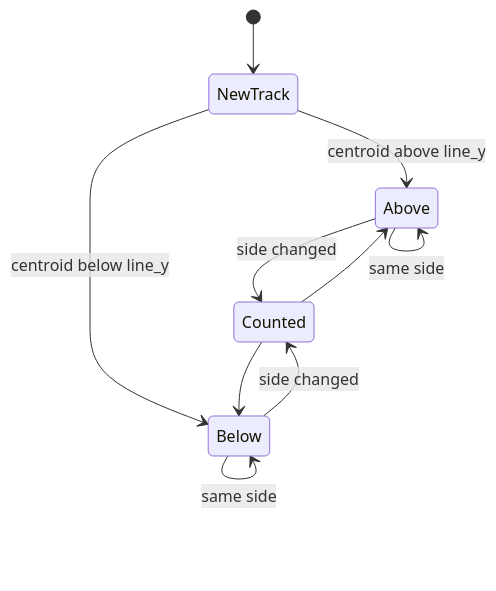
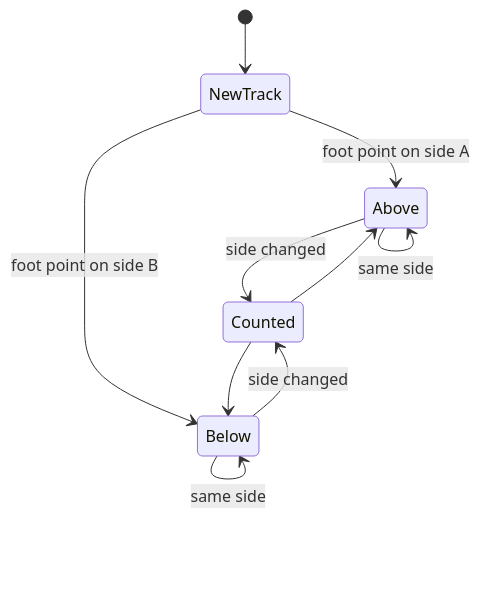
One commit to Saathvik-Mullapudi/VCTS-project changed the second of 2 diagrams in README.md. Above: the diagram before and after it, drawn with Mermaid. The commit also changed other lines of this file and 3 other files, not shown here.

````diff
--- a/README.md
+++ b/README.md
@@ -60,12 +61,12 @@
 ```mermaid
 stateDiagram-v2
     [*] --> NewTrack
-    NewTrack --> Above: centroid above line_y
-    NewTrack --> Below: centroid below line_y
+    NewTrack --> Above: foot point on side A
+    NewTrack --> Below: foot point on side B
     Above --> Above: same side
     Below --> Below: same side
     Above --> Counted: side changed
     Below --> Counted: side changed
     Counted --> Above
     Counted --> Below
 ```
````
